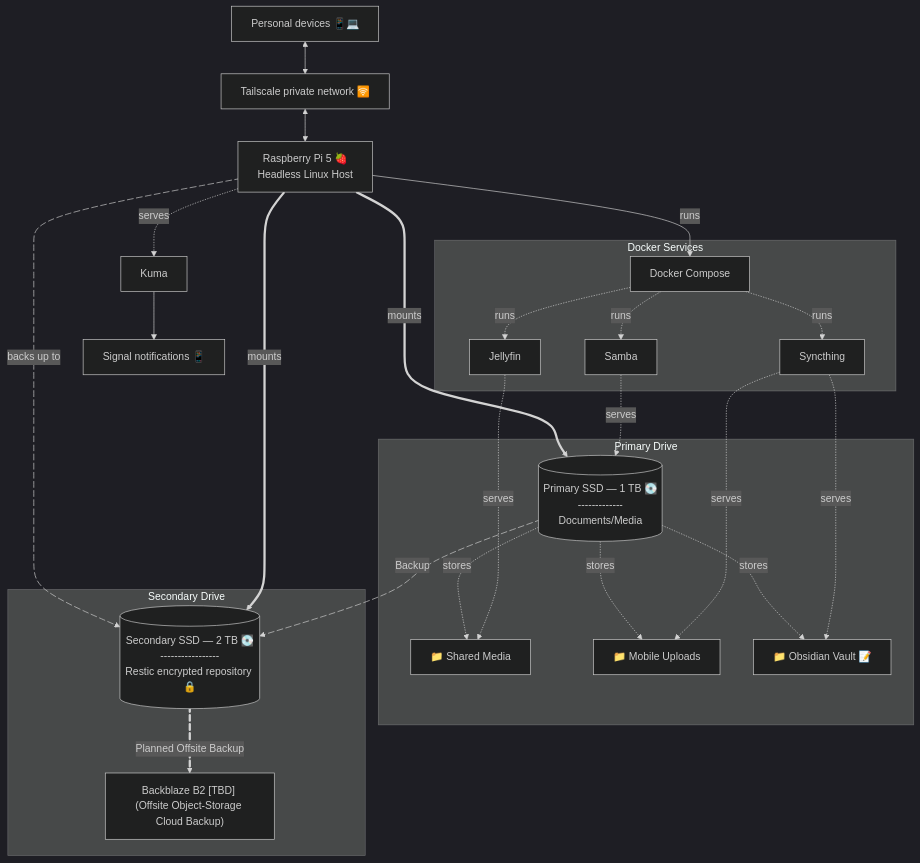
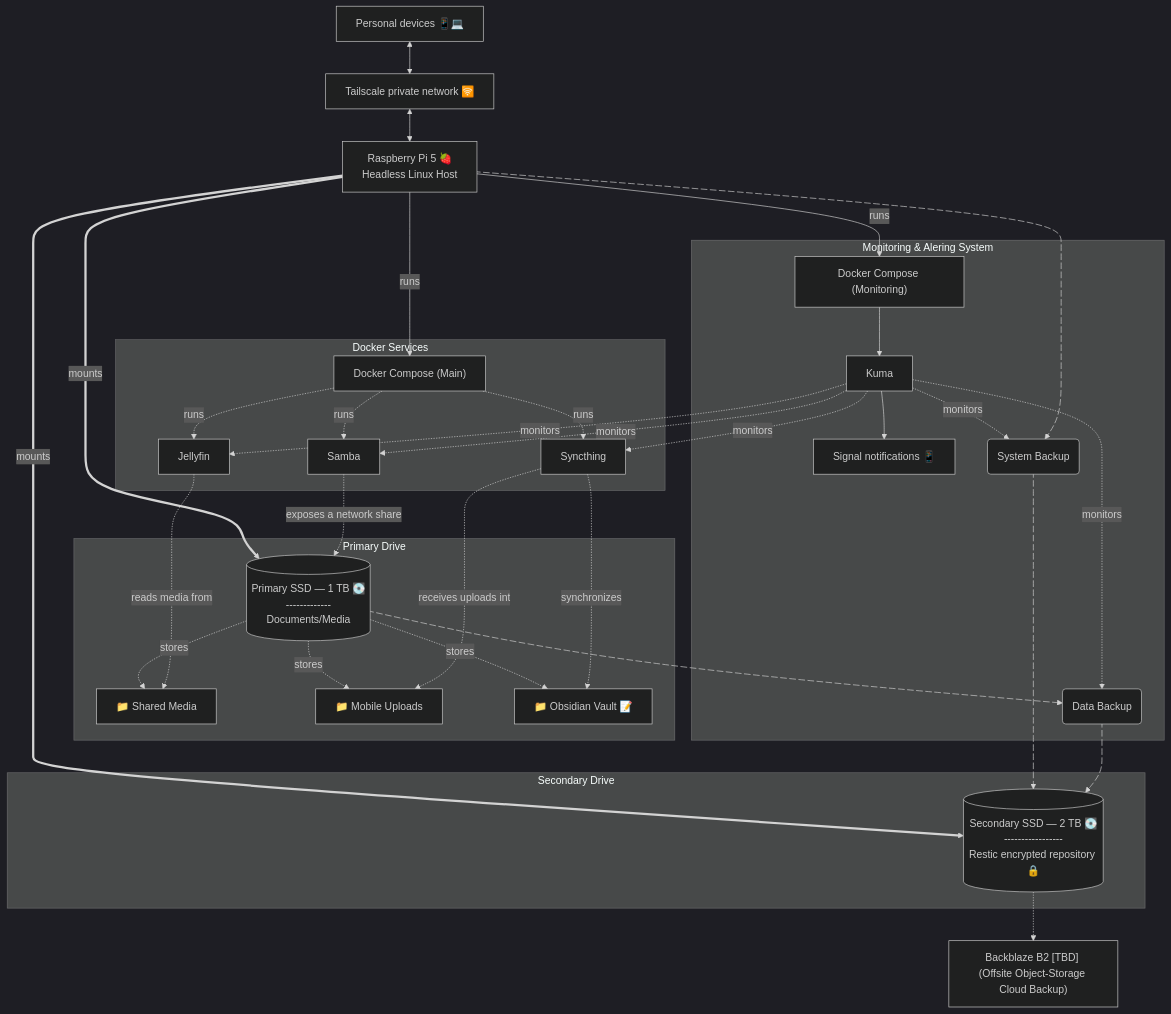
Before and after one commit to QuantumZenoSix/home-lab: the diagram in README.md, drawn with Mermaid (dark theme).

Commit message:
Revise architecture diagram in README.md
Updated architecture diagram in README to reflect changes in components and their relationships.

````diff
--- a/README.md
+++ b/README.md
@@ -25,32 +25,34 @@
 ```mermaid
+
 flowchart TB
 
     %% ========= DEFINE ITEMS ==========
     Pi["Raspberry Pi 5 🍓\nHeadless Linux Host"]
     Devices["Personal devices 📱💻"]
-    %%Uptime Kuma"]
     Signal["Signal notifications 📱"]
     Syncthing["Syncthing"]
     Jellyfin["Jellyfin"]
     Samba["Samba"]
+    DockerCompose["Docker Compose (Main)"]
+    DockerComposeMonitor["Docker Compose (Monitoring)"]
+    Tailnet["Tailscale private network 🛜"]
+    BackBlaze["Backblaze B2 [TBD] (Offsite Object-Storage Cloud Backup)"]
+    %%Uptime Kuma"]
     %%Restic["Restic encrypted repository 🔒"]
-    DockerCompose["Docker Compose"]
-    Tailnet["Tailscale private network 🛜"]
-
 
     %% ========= MAP ITEMS ============
 
     %% TOP LEVEL
-    %%Tailnet <-- "Sync" --> Syncthing
-    Devices <--> Tailnet <--> Pi =="mounts"==> PrimarySSD
-
-    
+    Devices <--> Tailnet
+    Tailnet <--> Pi 
+    Pi =="mounts"==> PrimarySSD
+    Pi =="mounts"==> SecondarySSD 
     Pi -- "runs" --> DockerCompose
-
+    Pi -- runs --> DockerComposeMonitor
 
     %% PRIMARY DRIVE 
     subgraph Primary Drive
-    %%PrimarySSD@{shape: lin-cyl, label: "Primary SSD — 1 TB 💽\n-----------------------------\n- Obsidian Vault\n- MobileUploads\n- Documents/Media"}
+        %%PrimarySSD@{shape: lin-cyl, label: "Primary SSD — 1 TB 💽\n-----------------------------\n- Obsidian Vault\n- MobileUploads\n- Documents/Media"}
         PrimarySSD[(Primary SSD — 1 TB 💽\n-------------\nDocuments/Media)]
         SharedMedia["📁 Shared Media"]
         MobileUploads["📁 Mobile Uploads"]
@@ -64,7 +66,6 @@
 
     subgraph Secondary Drive
         SecondarySSD[(Secondary SSD — 2 TB 💽\n-----------------\nRestic encrypted repository 🔒)]
-        BackBlaze["Backblaze B2 [TBD] (Offsite Object-Storage Cloud Backup)"]
     end
 
     %% DOCKER SERVICES   
@@ -75,26 +76,37 @@
         DockerCompose -.runs.-> Jellyfin
         DockerCompose -.runs.-> Samba
         DockerCompose -.runs.-> Syncthing
-        Syncthing -.serves.-> ObsidianVault
-        Jellyfin  -.serves.-> SharedMedia
-        Syncthing -.serves.-> MobileUploads
-        Samba -.serves.-> PrimarySSD
+        Syncthing -.synchronizes.-> ObsidianVault
+        Jellyfin  -.reads media from.-> SharedMedia
+        Syncthing -.receives uploads into.-> MobileUploads
+        Samba -.exposes a network share.-> PrimarySSD
      end
 
-    Pi -.serves.-> Kuma --> Signal
-    Kuma
+
+
+
+    subgraph Monitoring & Alering System
+        DockerComposeMonitor --> Kuma --> Signal
+        Kuma -.monitors.-> Jellyfin
+        Kuma -.monitors.-> Syncthing
+        Kuma -.monitors.-> Samba
+        Kuma -.monitors.-> id1
+        Kuma -.monitors.-> id2
+    end
 
 
     %% Backups flow %%
-    Pi e4@-. backs up to .-> SecondarySSD
+    Pi e4@--> id1(System Backup) e5@--> SecondarySSD
     e4@{ animation: fast}    
+    e5@{ animation: fast}    
 
-    PrimarySSD e3@-.Backup.->  SecondarySSD
+    PrimarySSD e3@--> id2(Data Backup) e6@-->  SecondarySSD
     e3@{ animation: fast}
+    e6@{ animation: fast}    
 
-    Pi =="mounts"==> SecondarySSD 
-    SecondarySSD e2@==Planned Offsite Backup==> BackBlaze
-    e2@{ animation: fast}
+
+    SecondarySSD -.-> BackBlaze
+
 
 
 
@@ -107,6 +119,4 @@
     %%Kuma -.-> DockerServices
     
 
-    
-
 ```
````
